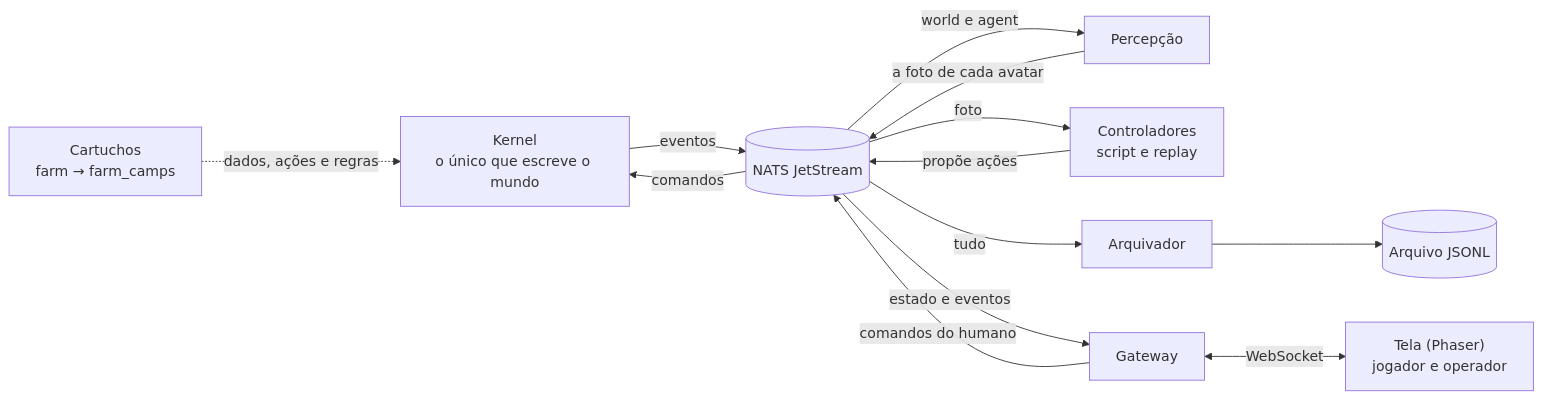
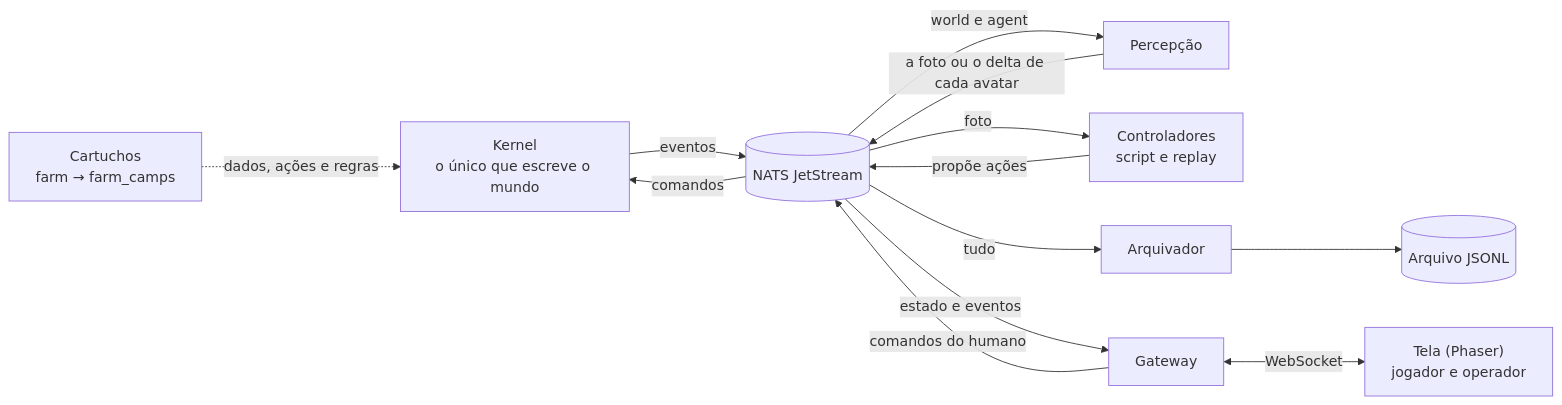
The diagram in README.md (campilho/campsverso), drawn with Mermaid before and after one commit. The commit also changed other lines of this file and 6 other files, not shown here.

````diff
--- a/README.md
+++ b/README.md
@@ -44,14 +46,14 @@
 ```mermaid
 flowchart LR
     cart["Cartuchos<br/>farm → farm_camps"] -. "dados, ações e regras" .-> kernel
     kernel["Kernel<br/>o único que escreve o mundo"] -- "eventos" --> nats[("NATS JetStream")]
     nats -- "comandos" --> kernel
     nats -- "world e agent" --> percepcao["Percepção"]
-    percepcao -- "a foto de cada avatar" --> nats
+    percepcao -- "a foto ou o delta de cada avatar" --> nats
     nats -- "foto" --> runner["Controladores<br/>script e replay"]
     runner -- "propõe ações" --> nats
     nats -- "tudo" --> arquivador["Arquivador"] --> arquivo[("Arquivo JSONL")]
     nats -- "estado e eventos" --> gateway["Gateway"]
     gateway -- "comandos do humano" --> nats
     gateway <-->|"WebSocket"| tela["Tela (Phaser)<br/>jogador e operador"]
 ```
````
